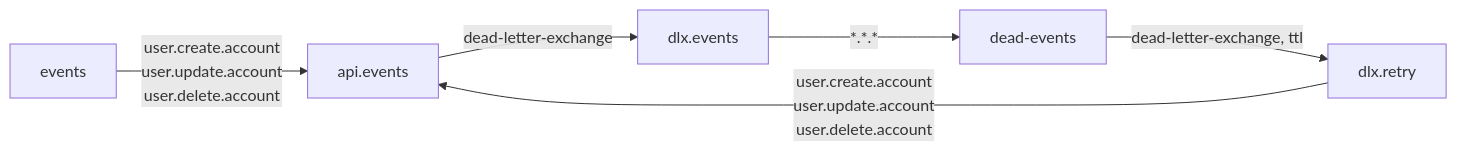
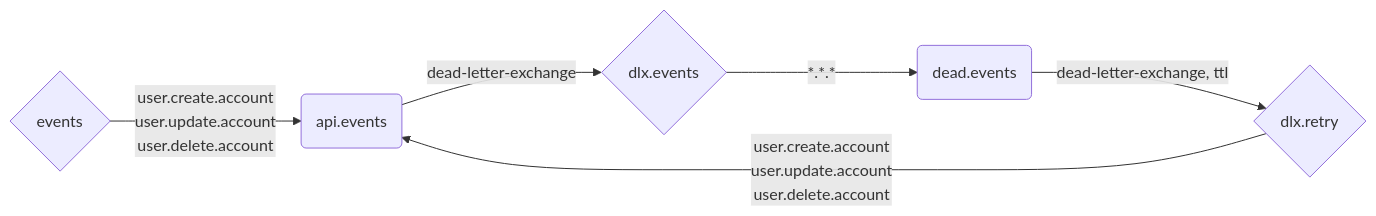
The first of 2 diagrams in README.md (DBProductions/rabbitmq-cluster), drawn with Mermaid before and after one commit. The commit also changed other lines of this file and 3 other files, not shown here.

````diff
--- a/README.md
+++ b/README.md
@@ -123,8 +123,8 @@
 ```mermaid
   flowchart LR;
-      events-->|user.create.account\nuser.update.account\nuser.delete.account| api.events;
-      api.events-->|dead-letter-exchange| dlx.events;
-      dlx.events-->|*.*.*| dead-events
-      dead-events-->|dead-letter-exchange, ttl| dlx.retry;
-      dlx.retry-->|user.create.account\nuser.update.account\nuser.delete.account| api.events;
+      A{events} --> |user.create.account\nuser.update.account\nuser.delete.account| B(api.events);
+      B --> |dead-letter-exchange| C{dlx.events};
+      C --> |*.*.*| D(dead.events)
+      D --> |dead-letter-exchange, ttl| E{dlx.retry};
+      E --> |user.create.account\nuser.update.account\nuser.delete.account| B;
 ```
````
